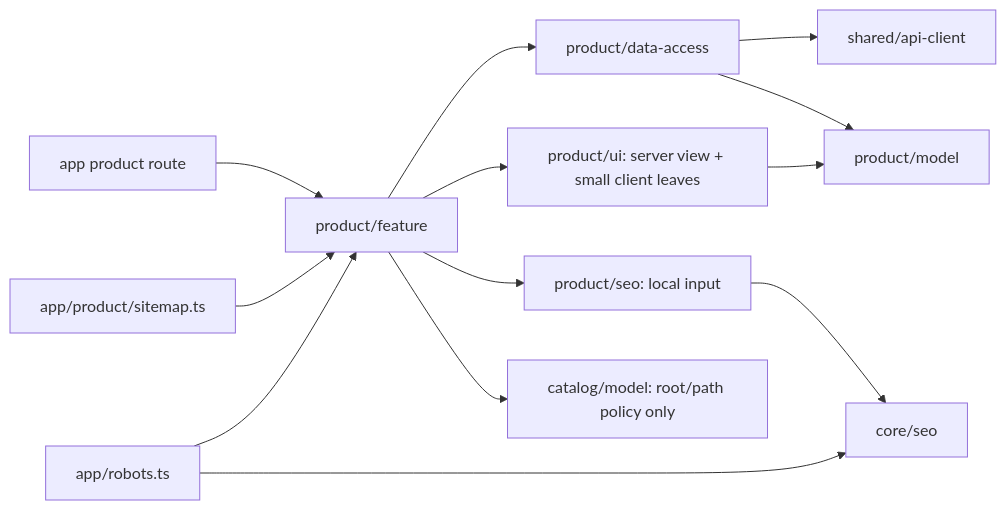
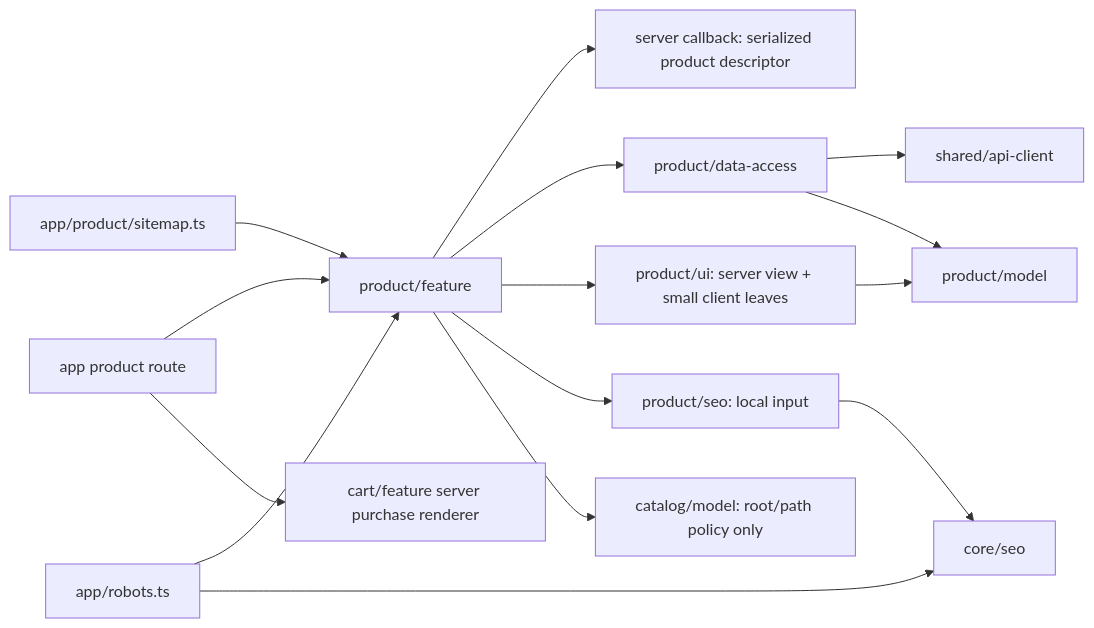
Before and after one commit to Weretik/kedr-web: the diagram in docs/features/site/product.md, drawn with Mermaid. The commit also changed other lines of this file and 50 other files, not shown here.

````diff
--- a/docs/features/site/product.md
+++ b/docs/features/site/product.md
@@ -21,12 +21,14 @@
 ```mermaid
 flowchart LR
   Route["app product route"] --> Feature["product/feature"]
+  Route --> Cart["cart/feature server purchase renderer"]
+  Feature --> Descriptor["server callback: serialized product descriptor"]
   Feature --> Data["product/data-access"] --> Api["shared/api-client"]
   Data --> Model["product/model"]
   Feature --> Ui["product/ui: server view + small client leaves"] --> Model
   Feature --> Seo["product/seo: local input"] --> CoreSeo["core/seo"]
   Feature --> CatalogModel["catalog/model: root/path policy only"]
   Sitemap["app/product/sitemap.ts"] --> Feature
   Robots["app/robots.ts"] --> Feature
   Robots --> CoreSeo
 ```
````
